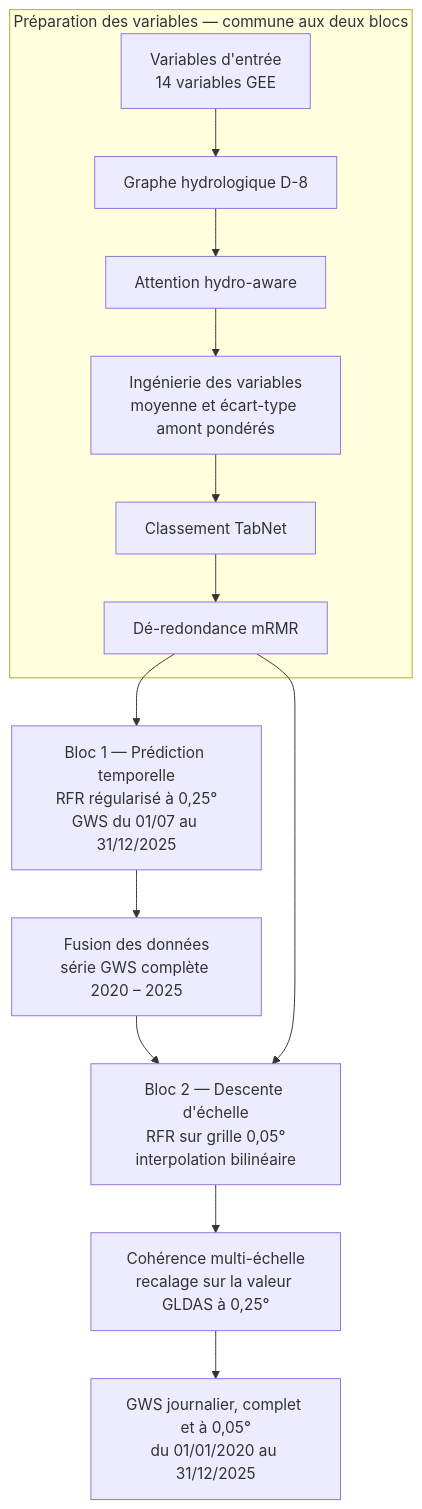
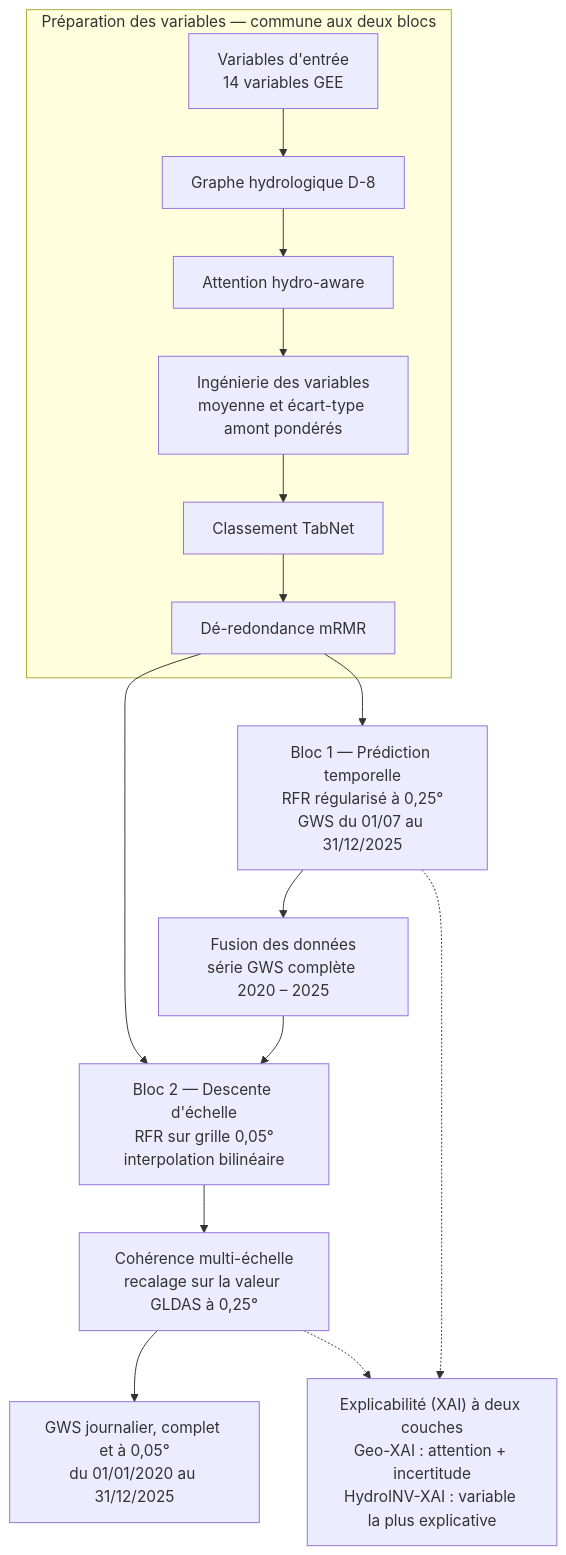
One commit to BOUTAYEBAnasse/GWS-Oum-Errabie changed the diagram in README.md. Above: the diagram before and after it, drawn with Mermaid. The commit also changed other lines of this file, not shown here.

````diff
--- a/README.md
+++ b/README.md
@@ -92,16 +94,18 @@
 ```mermaid
 flowchart TD
     subgraph PREP["Préparation des variables — commune aux deux blocs"]
         A["Variables d'entrée<br/>14 variables GEE"] --> B["Graphe hydrologique D-8"]
         B --> C["Attention hydro-aware"]
         C --> D["Ingénierie des variables<br/>moyenne et écart-type amont pondérés"]
         D --> E["Classement TabNet"]
         E --> F["Dé-redondance mRMR"]
     end
     F --> G["Bloc 1 — Prédiction temporelle<br/>RFR régularisé à 0,25°<br/>GWS du 01/07 au 31/12/2025"]
     G --> H["Fusion des données<br/>série GWS complète 2020 – 2025"]
     H --> I["Bloc 2 — Descente d'échelle<br/>RFR sur grille 0,05°<br/>interpolation bilinéaire"]
     F --> I
     I --> J["Cohérence multi-échelle<br/>recalage sur la valeur GLDAS à 0,25°"]
     J --> K["GWS journalier, complet et à 0,05°<br/>du 01/01/2020 au 31/12/2025"]
+    G -.-> X["Explicabilité (XAI) à deux couches<br/>Geo-XAI : attention + incertitude<br/>HydroINV-XAI : variable la plus explicative"]
+    J -.-> X
 ```
````
